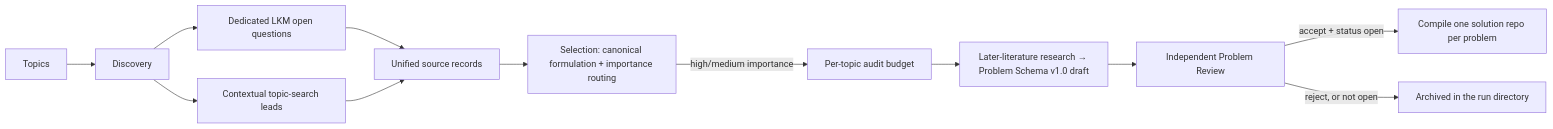
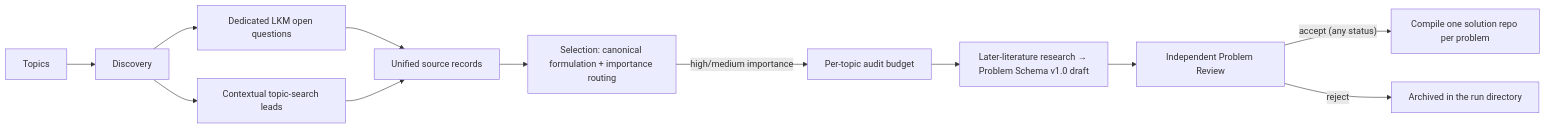
The diagram in docs/discovery-pipeline.md (kunyuan/open-research-discovery), drawn with Mermaid before and after one commit. The commit also changed other lines of this file and 10 other files, not shown here.

First line of the commit message:
Reviewer may re-mark status; resolved problems compile into pool/resolved/

````diff
--- a/docs/discovery-pipeline.md
+++ b/docs/discovery-pipeline.md
@@ -7,14 +7,14 @@
 ```mermaid
 flowchart LR
     T["Topics"] --> D["Discovery"]
     D --> L["Dedicated LKM open questions"]
     D --> Q["Contextual topic-search leads"]
     L --> U["Unified source records"]
     Q --> U
     U --> C["Selection: canonical formulation + importance routing"]
     C -->|"high/medium importance"| B["Per-topic audit budget"]
     B --> R["Later-literature research → Problem Schema v1.0 draft"]
     R --> V["Independent Problem Review"]
-    V -->|"accept + status open"| G["Compile one solution repo per problem"]
-    V -->|"reject, or not open"| X["Archived in the run directory"]
+    V -->|"accept (any status)"| G["Compile one solution repo per problem"]
+    V -->|"reject"| X["Archived in the run directory"]
 ```
````
